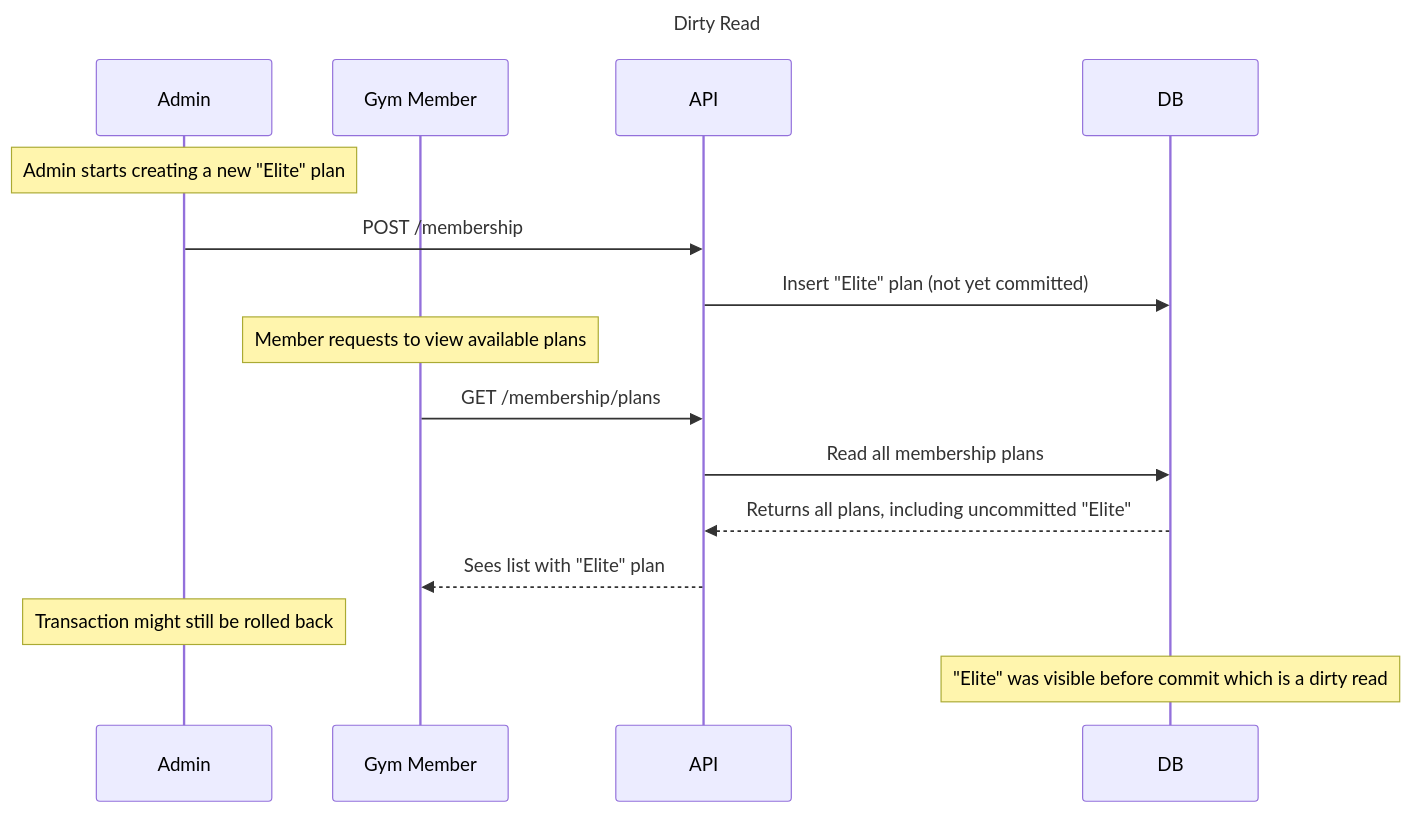
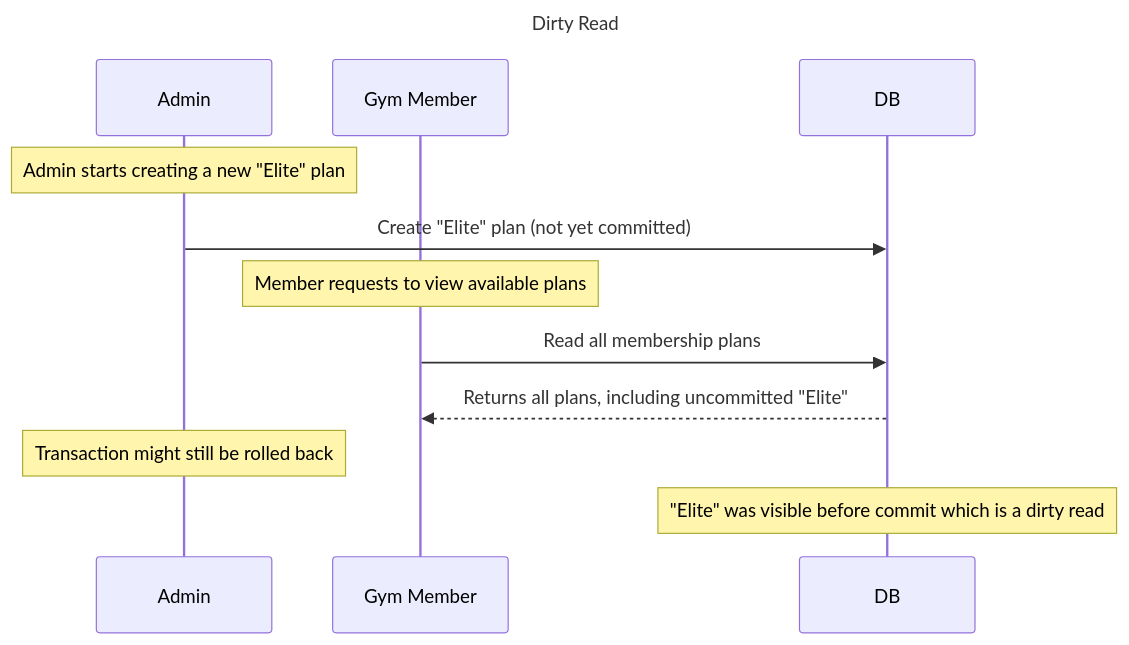
Before and after one commit to dhvani427/gym-membership: the first of 3 diagrams in concurrency.md, drawn with Mermaid. The commit also changed other lines of this file, not shown here.

````diff
--- a/concurrency.md
+++ b/concurrency.md
@@ -7,25 +7,18 @@
 ```mermaid
 sequenceDiagram
-    title Dirty Read
+title Dirty Read
 
-    participant Admin
-    participant Gym Member
-    participant API
-    participant DB
+participant Admin  
+participant Gym Member  
+participant DB  
 
-    Note over Admin: Admin starts creating a new "Elite" plan
-    Admin->>API: POST /membership
+Note over Admin: Admin starts creating a new "Elite" plan  
+Admin->>DB: Create "Elite" plan (not yet committed)  
 
-    API->>DB: Insert "Elite" plan (not yet committed)
+Note over Gym Member: Member requests to view available plans  
+Gym Member->>DB: Read all membership plans  
+DB-->>Gym Member: Returns all plans, including uncommitted "Elite"  
 
-    Note over Gym Member: Member requests to view available plans
-    Gym Member->>API: GET /membership/plans
-
-    API->>DB: Read all membership plans
-    DB-->>API: Returns all plans, including uncommitted "Elite"
-
-    API-->>Gym Member: Sees list with "Elite" plan
-
-    Note over Admin: Transaction might still be rolled back
-    Note over DB: "Elite" was visible before commit which is a dirty read
+Note over Admin: Transaction might still be rolled back  
+Note over DB: "Elite" was visible before commit which is a dirty read  
 ```
````
